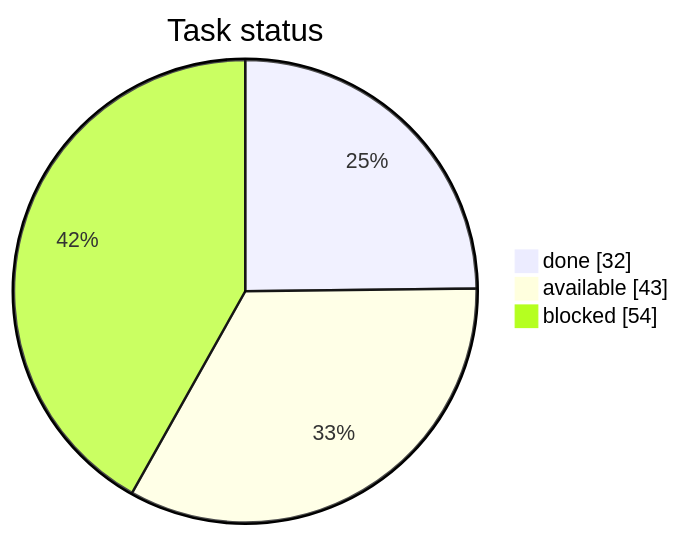
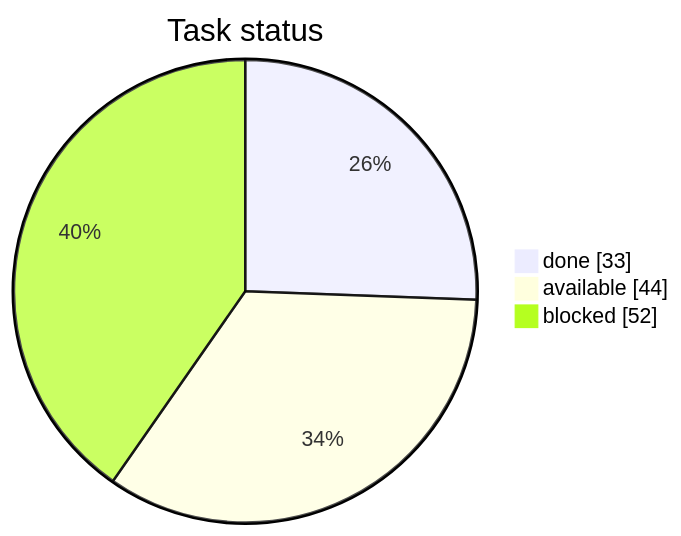
Before and after one commit to artemiiShabanov/RallyRivals: the first of 3 diagrams in STATUS.md, drawn with Mermaid. The commit also changed other lines of this file and 4 other files, not shown here.

````diff
--- a/STATUS.md
+++ b/STATUS.md
@@ -7,7 +7,7 @@
 ```mermaid
 pie showData
     title Task status
-    "done" : 32
-    "available" : 43
-    "blocked" : 54
+    "done" : 33
+    "available" : 44
+    "blocked" : 52
 ```
````
